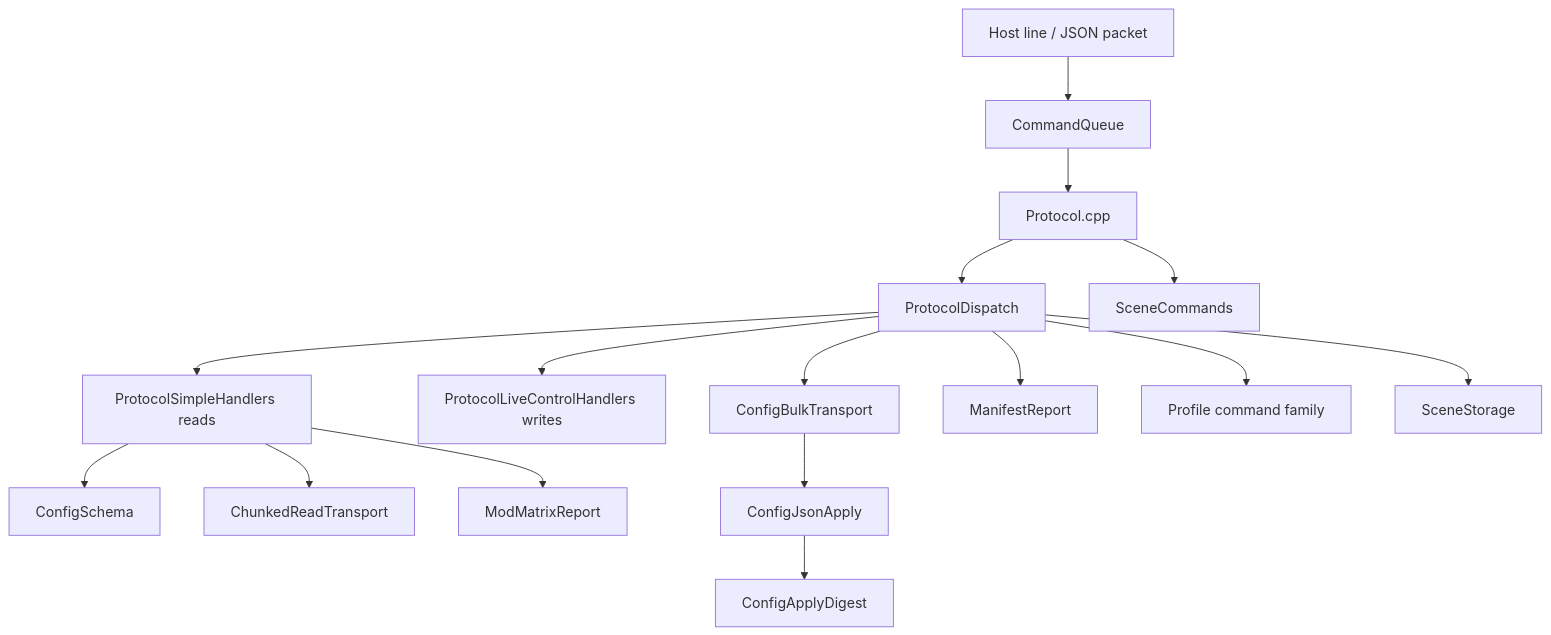
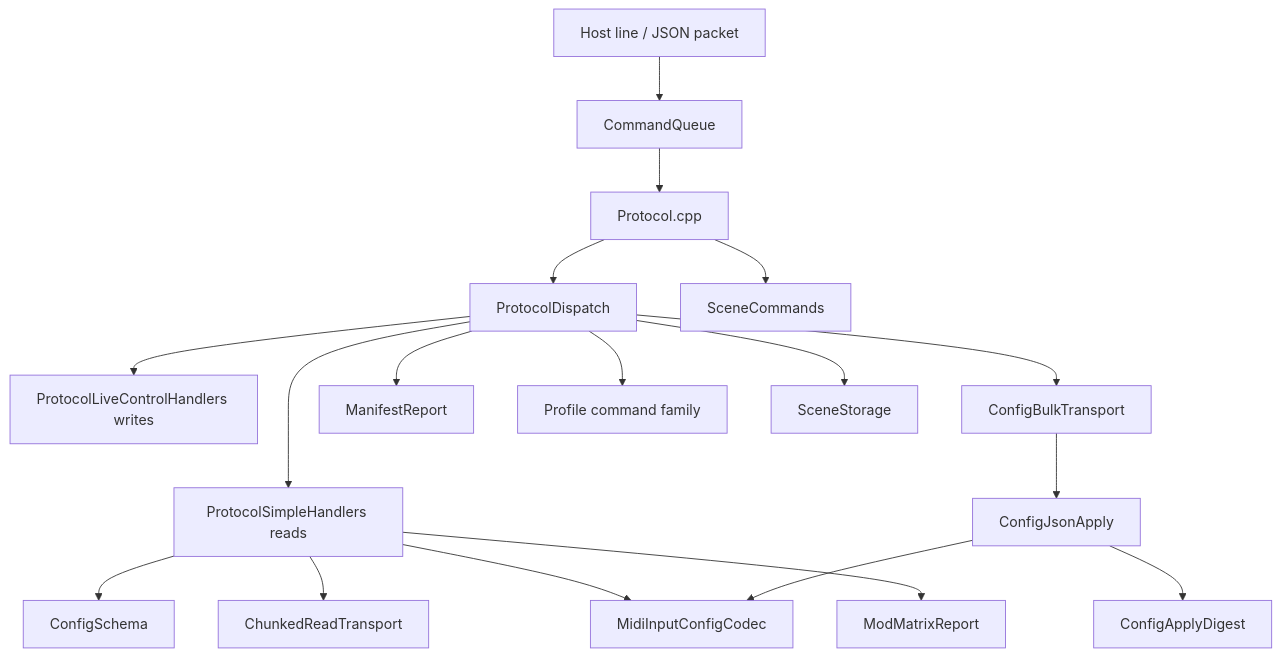
The diagram in docs/firmware/ProtocolStackReadingPath.md (bseverns/MOARkNOBS-42), drawn with Mermaid before and after one commit. The commit also changed other lines of this file and 69 other files, not shown here.

First line of the commit message:
MIDI input parameter registry/mapping

````diff
--- a/docs/firmware/ProtocolStackReadingPath.md
+++ b/docs/firmware/ProtocolStackReadingPath.md
@@ -47,18 +47,20 @@
 ```mermaid
 flowchart TD
   Host[Host line / JSON packet] --> Queue[CommandQueue]
   Queue --> Protocol[Protocol.cpp]
   Protocol --> Dispatch[ProtocolDispatch]
   Protocol --> SceneJson[SceneCommands]
   Dispatch --> Simple[ProtocolSimpleHandlers reads]
   Dispatch --> Live[ProtocolLiveControlHandlers writes]
   Simple --> Schema[ConfigSchema]
   Dispatch --> BulkTransport[ConfigBulkTransport]
   BulkTransport --> BulkApply[ConfigJsonApply]
+  BulkApply --> MidiCodec[MidiInputConfigCodec]
   BulkApply --> Digest[ConfigApplyDigest]
+  Simple --> MidiCodec
   Simple --> ChunkedRead[ChunkedReadTransport]
   Simple --> ModMatrix[ModMatrixReport]
   Dispatch --> Manifest[ManifestReport]
   Dispatch --> Profile[Profile command family]
   Dispatch --> Scenes[SceneStorage]
 ```
````
